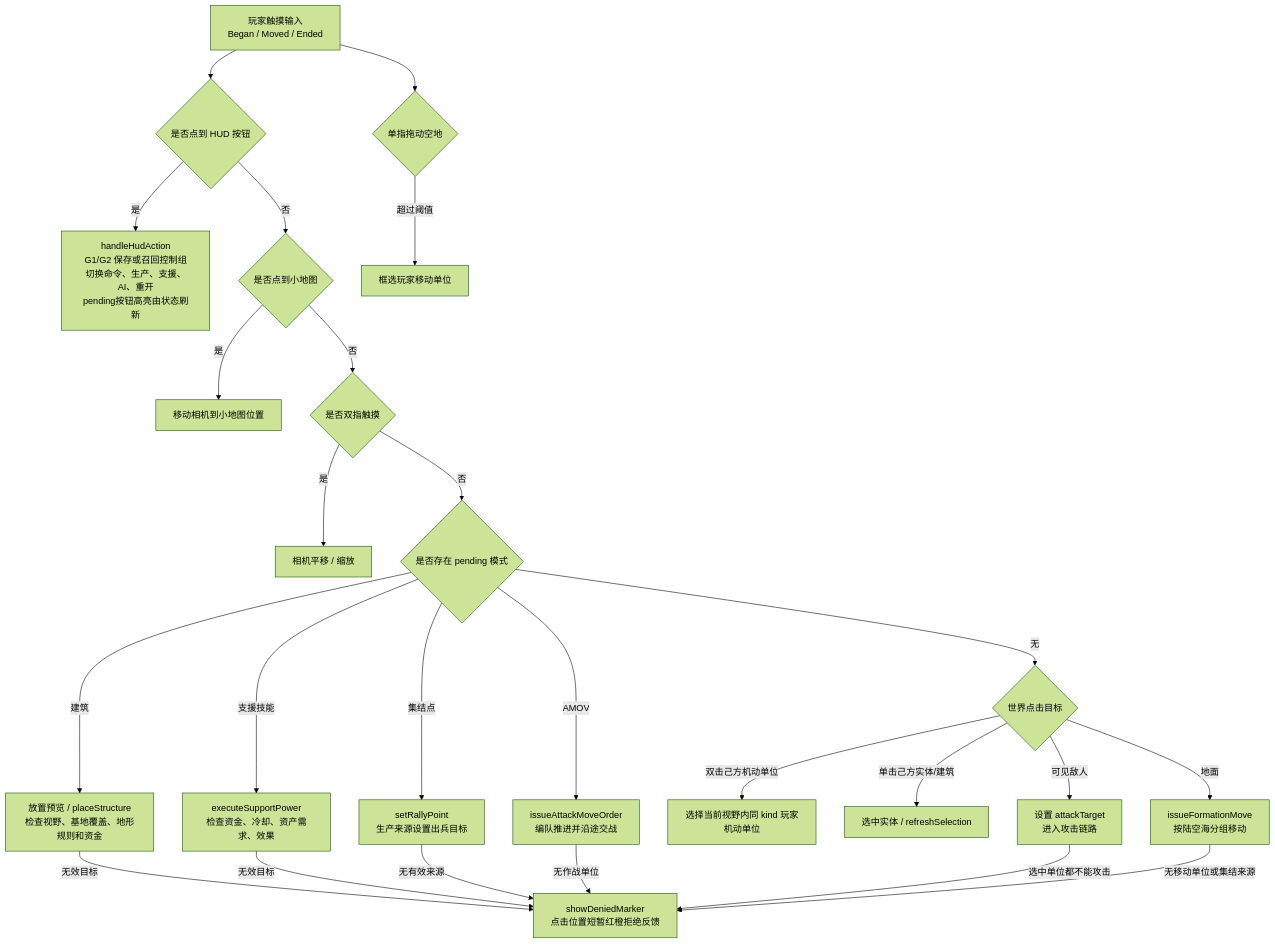
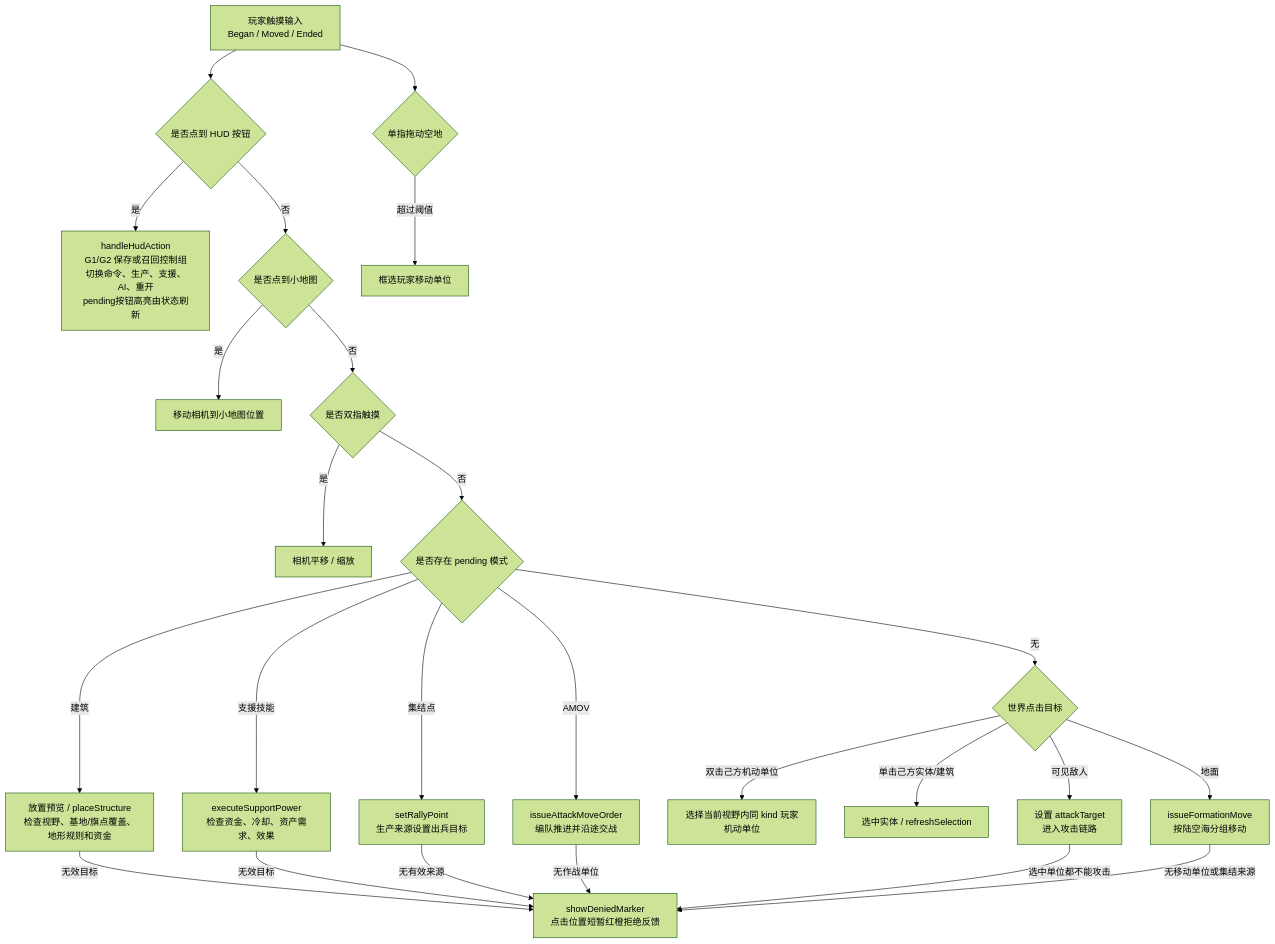
One commit to Altman-sam114/1145 changed the second of 3 diagrams in md/flow/flowchart.md. Above: the diagram before and after it, drawn with Mermaid (forest theme). The commit also changed other lines of this file and 4 other files, not shown here.

````diff
--- a/md/flow/flowchart.md
+++ b/md/flow/flowchart.md
@@ -37,27 +37,27 @@
 ```mermaid
 flowchart TD
   Touch["玩家触摸输入\nBegan / Moved / Ended"] --> HUDCheck{"是否点到 HUD 按钮"}
   HUDCheck -- "是" --> HudAction["handleHudAction\nG1/G2 保存或召回控制组\n切换命令、生产、支援、AI、重开\npending按钮高亮由状态刷新"]
   HUDCheck -- "否" --> MiniMap{"是否点到小地图"}
   MiniMap -- "是" --> Camera["移动相机到小地图位置"]
   MiniMap -- "否" --> MultiTouch{"是否双指触摸"}
   MultiTouch -- "是" --> PanZoom["相机平移 / 缩放"]
   MultiTouch -- "否" --> Pending{"是否存在 pending 模式"}
-  Pending -- "建筑" --> Place["放置预览 / placeStructure\n检查视野、基地覆盖、地形规则和资金"]
+  Pending -- "建筑" --> Place["放置预览 / placeStructure\n检查视野、基地/旗点覆盖、地形规则和资金"]
   Pending -- "支援技能" --> Support["executeSupportPower\n检查资金、冷却、资产需求、效果"]
   Pending -- "集结点" --> Rally["setRallyPoint\n生产来源设置出兵目标"]
   Pending -- "AMOV" --> AttackMove["issueAttackMoveOrder\n编队推进并沿途交战"]
   Place -- "无效目标" --> Denied["showDeniedMarker\n点击位置短暂红橙拒绝反馈"]
   Support -- "无效目标" --> Denied
   Rally -- "无有效来源" --> Denied
   AttackMove -- "无作战单位" --> Denied
   Pending -- "无" --> WorldTap{"世界点击目标"}
   WorldTap -- "双击己方机动单位" --> TypeSelect["选择当前视野内同 kind 玩家机动单位"]
   WorldTap -- "单击己方实体/建筑" --> Select["选中实体 / refreshSelection"]
   WorldTap -- "可见敌人" --> Attack["设置 attackTarget\n进入攻击链路"]
   WorldTap -- "地面" --> Move["issueFormationMove\n按陆空海分组移动"]
   Attack -- "选中单位都不能攻击" --> Denied
   Move -- "无移动单位或集结来源" --> Denied
   Touch --> Drag{"单指拖动空地"}
   Drag -- "超过阈值" --> Box["框选玩家移动单位"]
 ```
````
